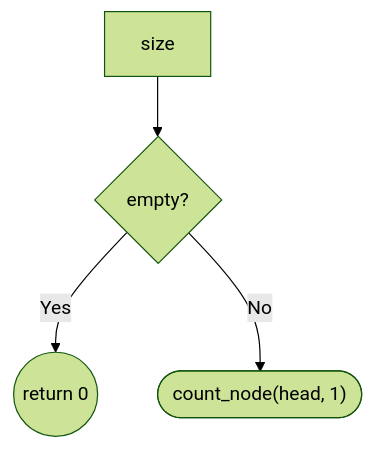
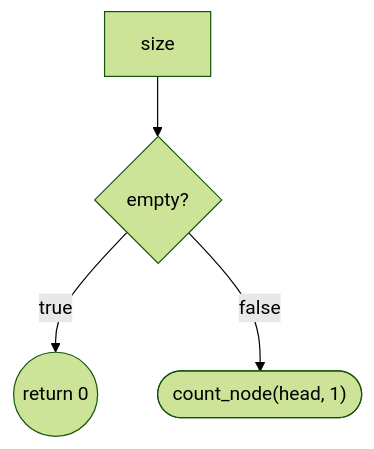
One commit to taladan/TOP-ruby-linked_list changed the sixth of 18 diagrams in README.md. Above: the diagram before and after it, drawn with Mermaid. The commit also changed other lines of this file, not shown here.

Commit message:
change yes/no to true/false

````diff
--- a/README.md
+++ b/README.md
@@ -105,7 +105,7 @@
 ```mermaid
 %%{init: {'theme':'forest'}}%%
 flowchart TD;
   size[size] --> empty{empty?}
-  empty -->|Yes| ret0((return 0))
-  empty -->|No| count_nodes(["count_node(head, 1)"])
+  empty -->|true| ret0((return 0))
+  empty -->|false| count_nodes(["count_node(head, 1)"])
 ```
````
